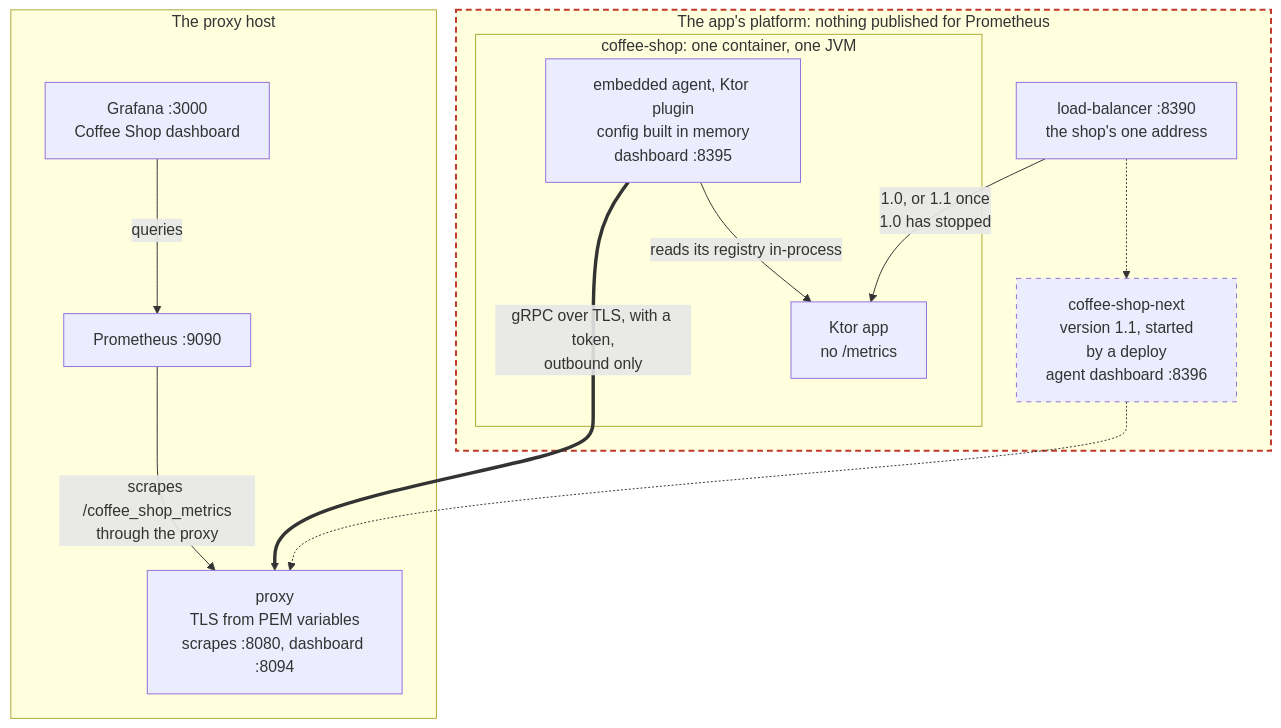
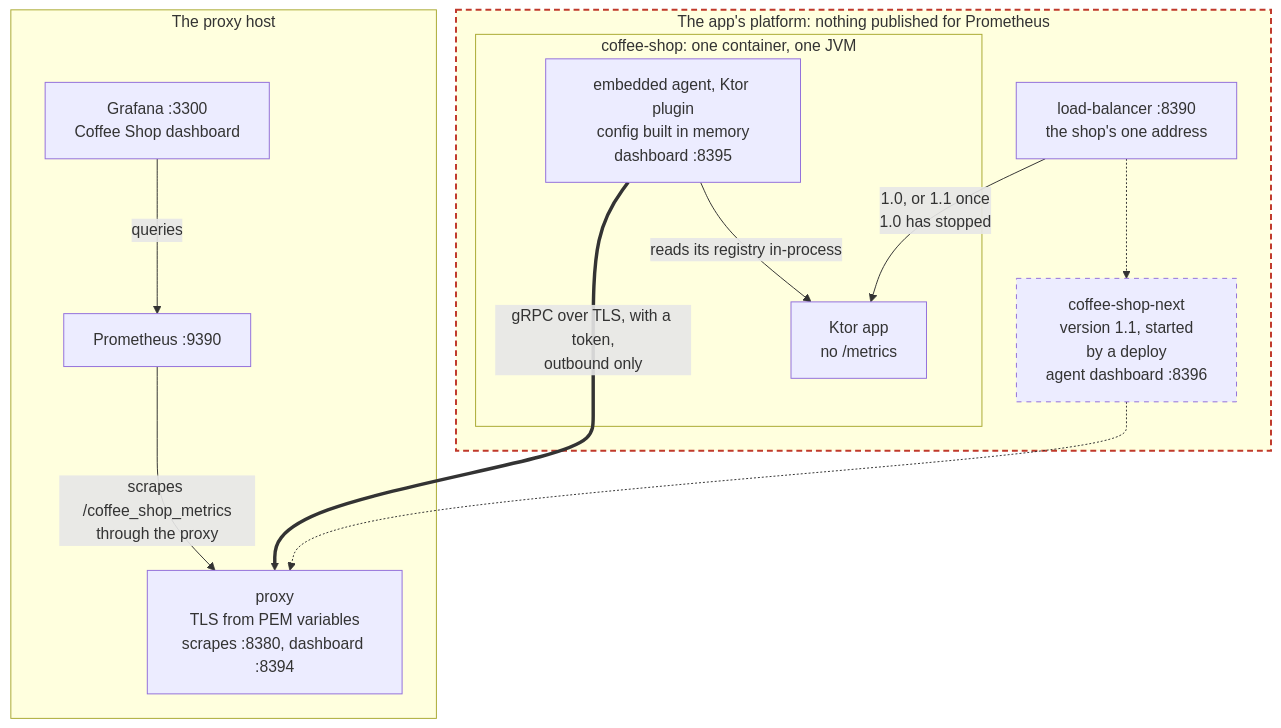
One commit to pambrose/prometheus-proxy changed the diagram in demos/embedded/README.md. Above: the diagram before and after it, drawn with Mermaid. The commit also changed other lines of this file and 239 other files, not shown here.

````diff
--- a/demos/embedded/README.md
+++ b/demos/embedded/README.md
@@ -15,29 +15,29 @@
 ```mermaid
 flowchart TB
   subgraph platform["The app's platform: nothing published for Prometheus"]
     lb["load-balancer :8390<br/>the shop's one address"]
     subgraph app["coffee-shop: one container, one JVM"]
       ktor["Ktor app<br/>no /metrics"]
       agent["embedded agent, Ktor plugin<br/>config built in memory<br/>dashboard :8395"]
     end
     next["coffee-shop-next<br/>version 1.1, started<br/>by a deploy<br/>agent dashboard :8396"]
   end
 
   subgraph host["The proxy host"]
-    proxy["proxy<br/>TLS from PEM variables<br/>scrapes :8080, dashboard :8094"]
-    prometheus["Prometheus :9090"]
-    grafana["Grafana :3000<br/>Coffee Shop dashboard"]
+    proxy["proxy<br/>TLS from PEM variables<br/>scrapes :8380, dashboard :8394"]
+    prometheus["Prometheus :9390"]
+    grafana["Grafana :3300<br/>Coffee Shop dashboard"]
   end
 
   lb -->|"1.0, or 1.1 once<br/>1.0 has stopped"| ktor
   lb -.-> next
   agent -->|"reads its registry in-process"| ktor
   agent ==>|"gRPC over TLS, with a token,<br/>outbound only"| proxy
   next -.-> proxy
   prometheus -->|"scrapes /coffee_shop_metrics<br/>through the proxy"| proxy
   grafana -->|queries| prometheus
 
   classDef started stroke-dasharray: 5 5
   class next started
   style platform stroke:#c0392b,stroke-width:2px,stroke-dasharray:6 4
 ```
````
